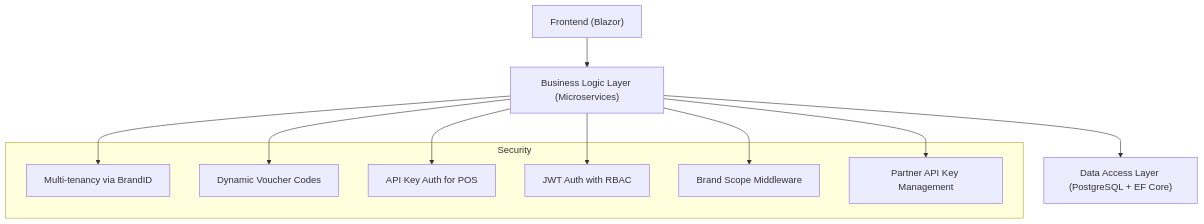
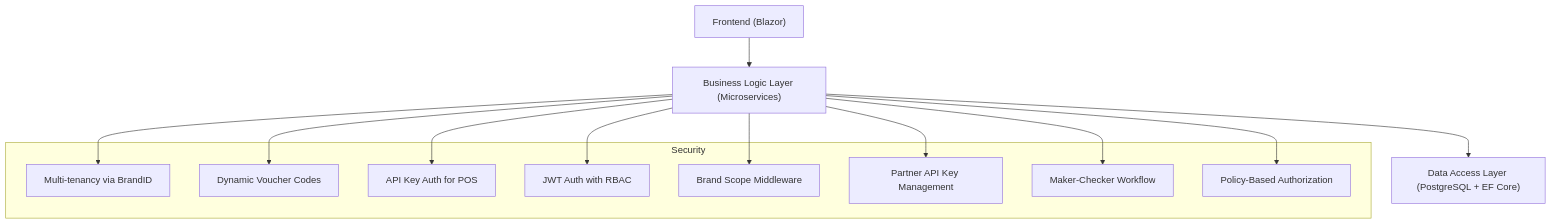
One commit to lamhongbac/NonCash changed the second of 6 diagrams in .qoder/repowiki/en/content/API Contracts and Integration/API Contracts and Integration.md. Above: the diagram before and after it, drawn with Mermaid. The commit also changed other lines of this file and 29 other files, not shown here.

````diff
--- a/.qoder/repowiki/en/content/API Contracts and Integration/API Contracts and Integration.md
+++ b/.qoder/repowiki/en/content/API Contracts and Integration/API Contracts and Integration.md
@@ -211,19 +227,23 @@
 ```mermaid
 graph TB
 UI["Frontend (Blazor)"] --> BLL["Business Logic Layer (Microservices)"]
 BLL --> DAL["Data Access Layer (PostgreSQL + EF Core)"]
 subgraph "Security"
 MT["Multi-tenancy via BrandID"]
 DS["Dynamic Voucher Codes"]
 AK["API Key Auth for POS"]
 JWT["JWT Auth with RBAC"]
 BS["Brand Scope Middleware"]
 PK["Partner API Key Management"]
+MC["Maker-Checker Workflow"]
+PA["Policy-Based Authorization"]
 end
 BLL --> MT
 BLL --> DS
 BLL --> AK
 BLL --> JWT
 BLL --> BS
 BLL --> PK
+BLL --> MC
+BLL --> PA
 ```
````
